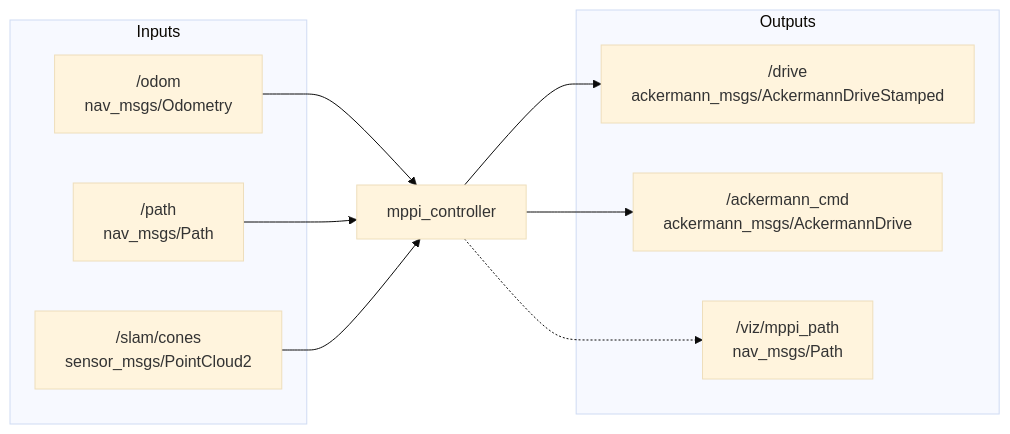
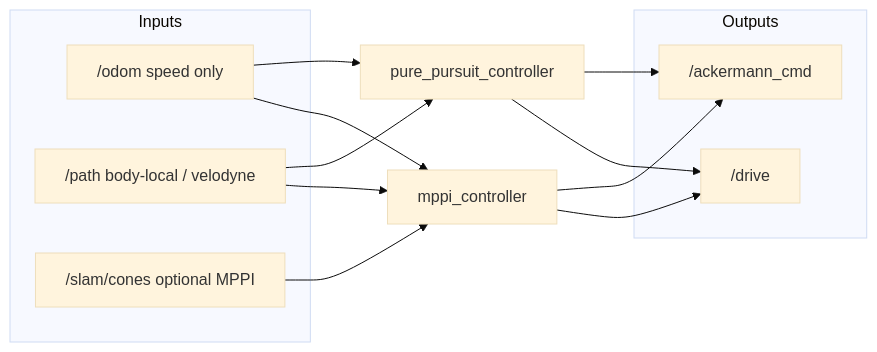
The diagram in control/README.md (GryphonRacingAI/gra-ros2), drawn with Mermaid (base theme) before and after one commit. The commit also changed other lines of this file and 5 other files, not shown here.

````diff
--- a/control/README.md
+++ b/control/README.md
@@ -73,23 +104,26 @@
 ```mermaid
 flowchart LR
     subgraph Inputs
-        ODOM["/odom<br>nav_msgs/Odometry"]
-        PATH["/path<br>nav_msgs/Path"]
-        CONES["/slam/cones<br>sensor_msgs/PointCloud2"]
+        ODOM["/odom speed only"]
+        PATH["/path body-local / velodyne"]
+        CONES["/slam/cones optional MPPI"]
     end
 
     MPPI[mppi_controller]
+    PP[pure_pursuit_controller]
 
     subgraph Outputs
-        DRIVE["/drive<br>ackermann_msgs/AckermannDriveStamped"]
-        ACK["/ackermann_cmd<br>ackermann_msgs/AckermannDrive"]
-        VIZ["/viz/mppi_path<br>nav_msgs/Path"]
+        DRIVE["/drive"]
+        ACK["/ackermann_cmd"]
     end
 
     ODOM --> MPPI
     PATH --> MPPI
     CONES --> MPPI
+    ODOM --> PP
+    PATH --> PP
     MPPI --> DRIVE
     MPPI --> ACK
-    MPPI -.-> VIZ
+    PP --> DRIVE
+    PP --> ACK
 ```
````
